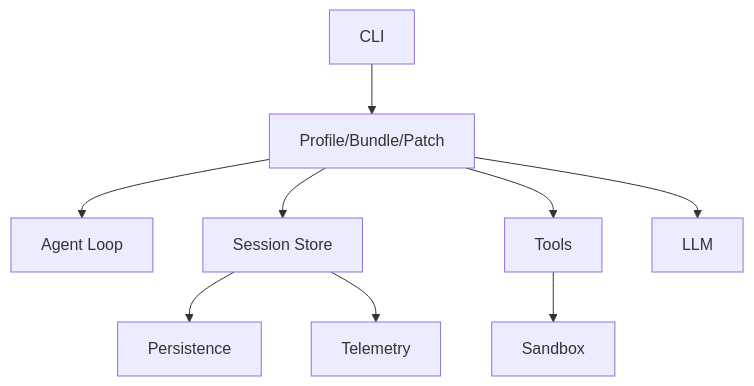
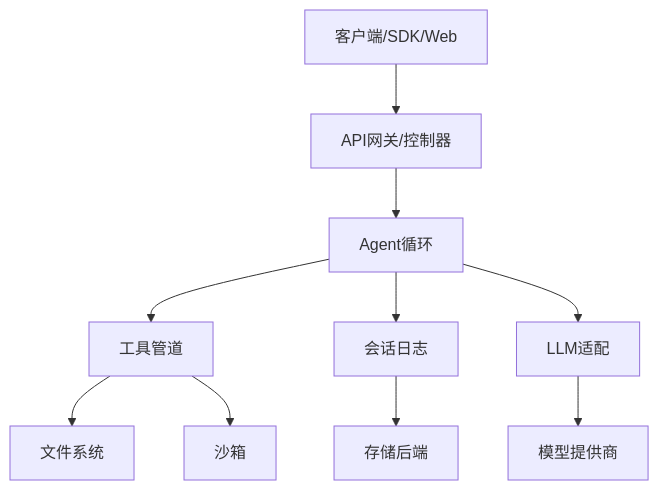
Before and after one commit to frendyxzc/deepseek-harness: the eighth of 8 diagrams in .qoder/repowiki/zh/content/架构设计/架构设计.md, drawn with Mermaid. The commit also changed other lines of this file and 448 other files, not shown here.

````diff
--- a/.qoder/repowiki/zh/content/架构设计/架构设计.md
+++ b/.qoder/repowiki/zh/content/架构设计/架构设计.md
@@ -266,11 +325,12 @@
 ```mermaid
-graph TD
-A["CLI"] --> B["Profile/Bundle/Patch"]
-B --> C["Agent Loop"]
-B --> D["Session Store"]
-B --> E["Tools"]
-B --> F["LLM"]
-E --> G["Sandbox"]
-D --> H["Persistence"]
-D --> I["Telemetry"]
+graph TB
+Client["客户端/SDK/Web"] --> API["API网关/控制器"]
+API --> AgentLoop["Agent循环"]
+AgentLoop --> Tools["工具管道"]
+AgentLoop --> Session["会话日志"]
+AgentLoop --> LLM["LLM适配"]
+Tools --> FS["文件系统"]
+Tools --> Sandbox["沙箱"]
+LLM --> Provider["模型提供商"]
+Session --> Storage["存储后端"]
 ```
````
